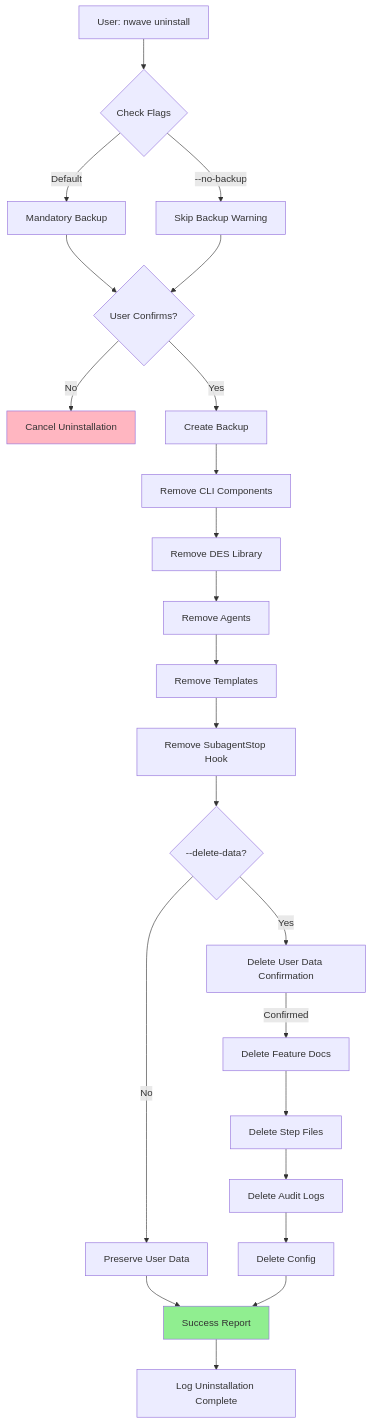
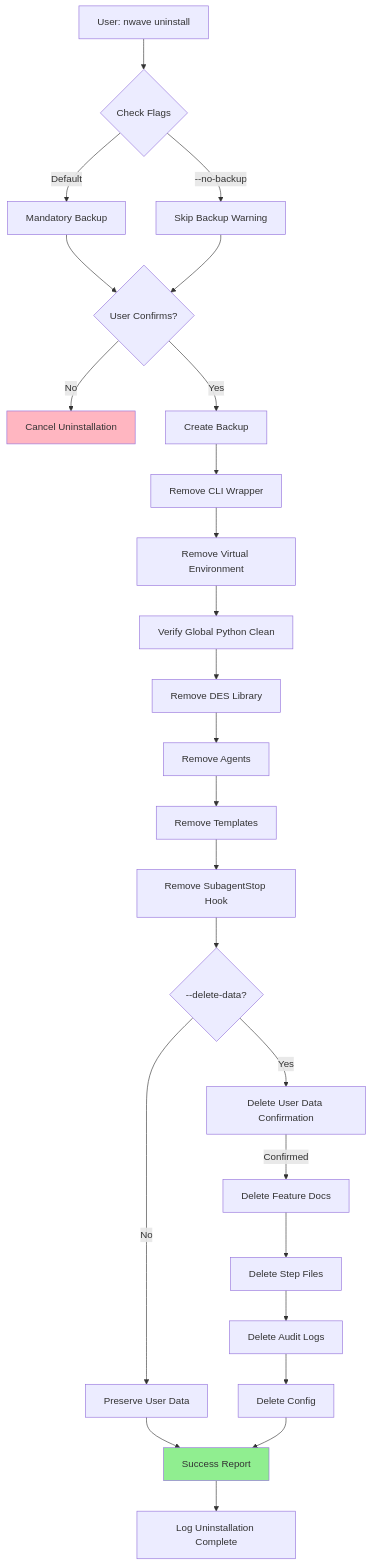
The second of 2 diagrams in docs/feature/des/design/installation-architecture.md (11PJ11/crafter-ai), drawn with Mermaid before and after one commit. The commit also changed other lines of this file and 2 other files, not shown here.

First line of the commit message:
feat(des): add virtual environment isolation to installation (v1.1)

````diff
--- a/docs/feature/des/design/installation-architecture.md
+++ b/docs/feature/des/design/installation-architecture.md
@@ -1101,35 +1730,37 @@
 ```mermaid
 flowchart TD
     A[User: nwave uninstall] --> B{Check Flags}
     B -->|Default| C[Mandatory Backup]
     B -->|--no-backup| D[Skip Backup Warning]
 
     C --> E{User Confirms?}
     D --> E
 
     E -->|No| F[Cancel Uninstallation]
     E -->|Yes| G[Create Backup]
 
-    G --> H[Remove CLI Components]
-    H --> I[Remove DES Library]
-    I --> J[Remove Agents]
-    J --> K[Remove Templates]
-    K --> L[Remove SubagentStop Hook]
+    G --> H[Remove CLI Wrapper]
+    H --> H1[Remove Virtual Environment]
+    H1 --> I[Verify Global Python Clean]
+    I --> J[Remove DES Library]
+    J --> K[Remove Agents]
+    K --> L[Remove Templates]
+    L --> M[Remove SubagentStop Hook]
 
-    L --> M{--delete-data?}
-    M -->|No| N[Preserve User Data]
-    M -->|Yes| O[Delete User Data Confirmation]
+    M --> N{--delete-data?}
+    N -->|No| O[Preserve User Data]
+    N -->|Yes| P[Delete User Data Confirmation]
 
-    O -->|Confirmed| P[Delete Feature Docs]
-    P --> Q[Delete Step Files]
-    Q --> R[Delete Audit Logs]
-    R --> S[Delete Config]
+    P -->|Confirmed| Q[Delete Feature Docs]
+    Q --> R[Delete Step Files]
+    R --> S[Delete Audit Logs]
+    S --> T[Delete Config]
 
-    N --> T[Success Report]
-    S --> T
+    O --> U[Success Report]
+    T --> U
 
-    T --> U[Log Uninstallation Complete]
+    U --> V[Log Uninstallation Complete]
 
-    style T fill:#90EE90
+    style U fill:#90EE90
     style F fill:#FFB6C1
 ```
````
